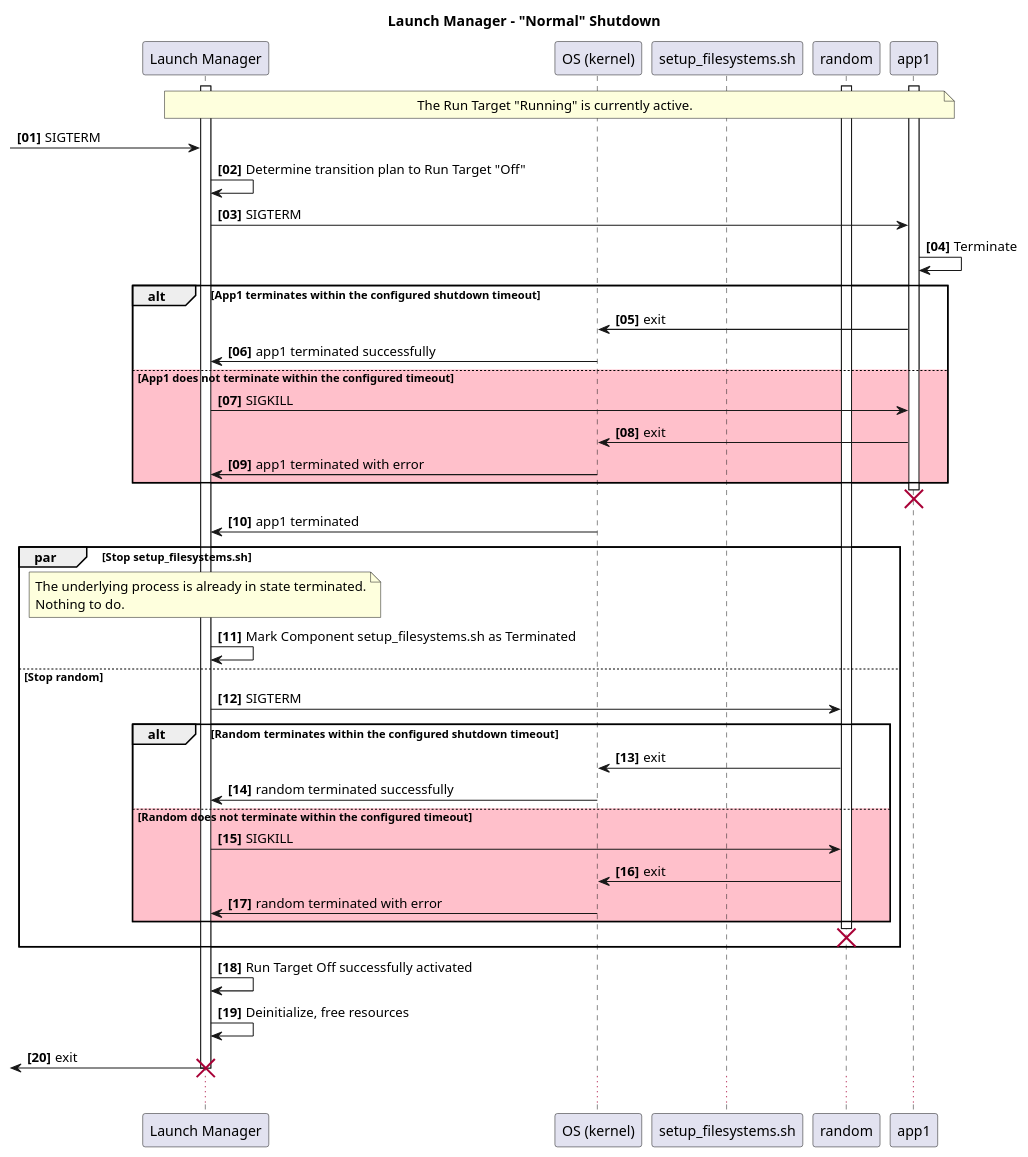
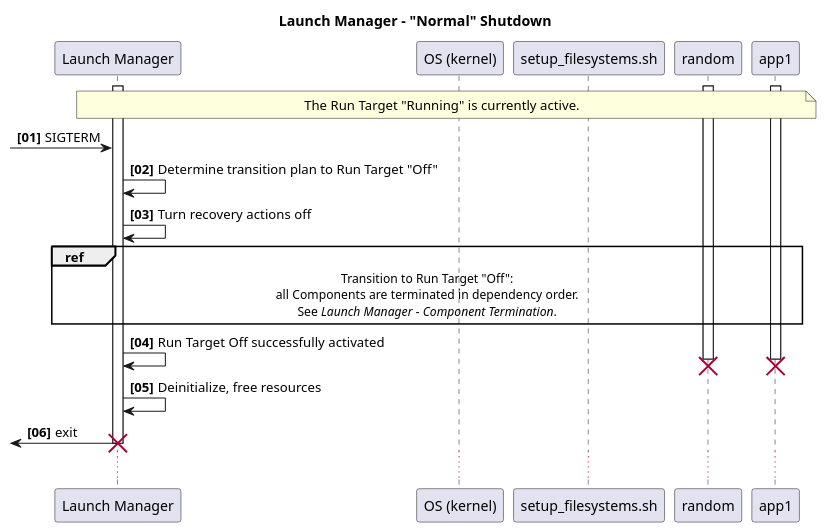
Before and after one commit to eclipse-score/lifecycle: the diagram in docs/features/lifecycle/architecture/_assets/launch_manager_shutdown.puml, drawn with PlantUML. The commit also changed 8 other files, not shown here.

Commit message:
Rename diagrams

```diff
--- a/docs/features/lifecycle/architecture/_assets/launch_manager_shutdown.puml
+++ b/docs/features/lifecycle/architecture/_assets/launch_manager_shutdown.puml
@@ -14,69 +14,39 @@
 @startuml
 title Launch Manager - "Normal" Shutdown
 
 autonumber "<b>[00]"
 
 participant "Launch Manager" as LM
 participant "OS (kernel)" as kernel
 participant "setup_filesystems.sh" as fs
 participant "random" as ran
 participant "app1" as app1
 
 activate LM
 activate app1
 activate ran
 
 note over LM,app1
 The Run Target "Running" is currently active.
 end note
 
 [-> LM : SIGTERM
 LM -> LM : Determine transition plan to Run Target "Off"
-LM -> app1 : SIGTERM
-app1 -> app1 : Terminate
 
-alt App1 terminates within the configured shutdown timeout
-    app1 -> kernel : exit
-    kernel -> LM : app1 terminated successfully
-else #pink App1 does not terminate within the configured timeout
-    LM -> app1 : SIGKILL
-    app1 -> kernel : exit
-    kernel -> LM : app1 terminated with error
-end alt
+LM -> LM : Turn recovery actions off
 
-destroy app1
-kernel -> LM : app1 terminated
-
-par Stop setup_filesystems.sh
-
-note over LM
-    The underlying process is already in state terminated.
-    Nothing to do.
-end note
-
-LM -> LM : Mark Component setup_filesystems.sh as Terminated
-
-else Stop random
-
-LM -> ran : SIGTERM
-
-alt Random terminates within the configured shutdown timeout
-    ran -> kernel : exit
-    kernel -> LM : random terminated successfully
-else #pink Random does not terminate within the configured timeout
-    LM -> ran : SIGKILL
-    ran -> kernel : exit
-    kernel -> LM : random terminated with error
-end alt
-
-destroy ran
-
-end par
+ref over LM, app1
+  Transition to Run Target "Off":
+  all Components are terminated in dependency order.
+  See //Launch Manager - Component Termination//.
+end ref
 
 LM -> LM : Run Target Off successfully activated
+destroy app1
+destroy ran
 
 LM -> LM : Deinitialize, free resources
 [<- LM : exit
 destroy LM
 ...
 @enduml
```
